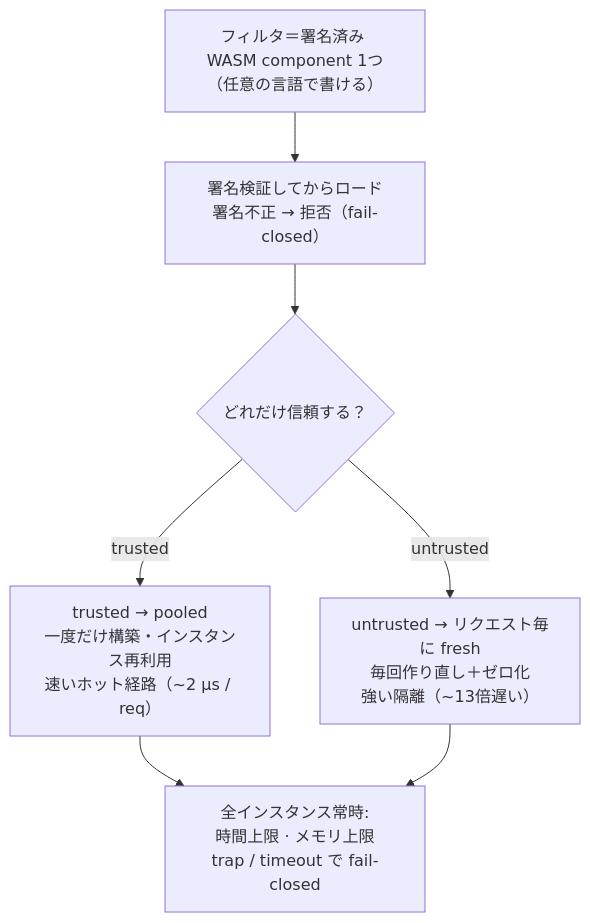
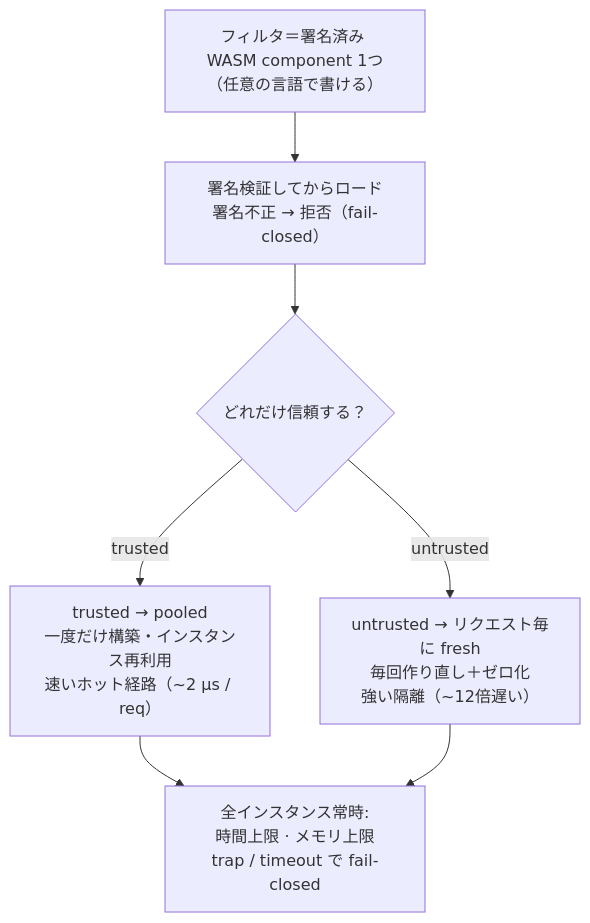
Before and after one commit to Kaikei-e/PlectoProxy: the second of 2 diagrams in README.ja.md, drawn with Mermaid. The commit also changed other lines of this file and 1 other file, not shown here.

````diff
--- a/README.ja.md
+++ b/README.ja.md
@@ -99,17 +99,17 @@
 ```mermaid
 flowchart TB
     wasm["フィルタ＝署名済み WASM component 1つ<br/>（任意の言語で書ける）"]
     verify["署名検証してからロード<br/>署名不正 → 拒否（fail-closed）"]
     profile{"どれだけ信頼する？"}
 
     pooled["trusted → pooled<br/>一度だけ構築・インスタンス再利用<br/>速いホット経路（~2 µs / req）"]
-    fresh["untrusted → リクエスト毎に fresh<br/>毎回作り直し＋ゼロ化<br/>強い隔離（~13倍遅い）"]
+    fresh["untrusted → リクエスト毎に fresh<br/>毎回作り直し＋ゼロ化<br/>強い隔離（~12倍遅い）"]
 
     guards["全インスタンス常時:<br/>時間上限 · メモリ上限<br/>trap / timeout で fail-closed"]
 
     wasm --> verify --> profile
     profile -->|trusted| pooled
     profile -->|untrusted| fresh
     pooled --> guards
     fresh --> guards
 ```
````
